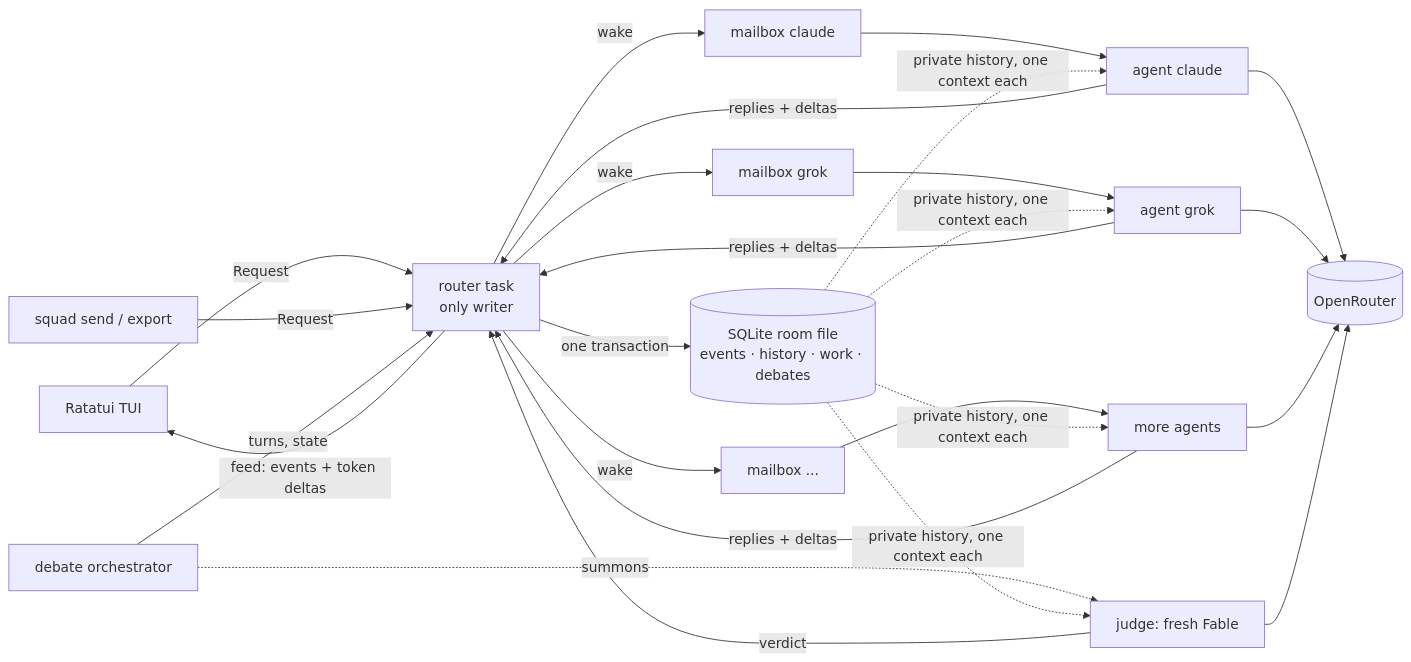
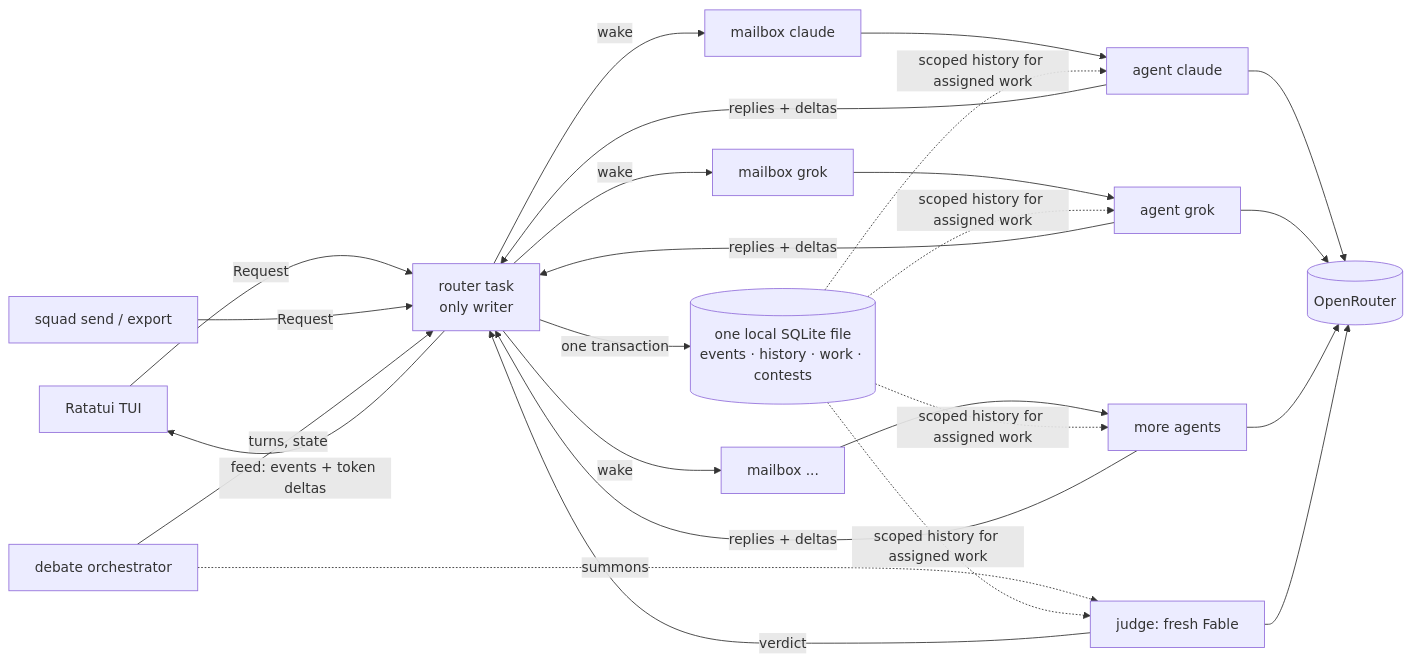
Before and after one commit to shoemoney/squad: the diagram in PRD.md, drawn with Mermaid. The commit also changed other lines of this file and 14 other files, not shown here.

````diff
--- a/PRD.md
+++ b/PRD.md
@@ -70,16 +70,16 @@
 ```mermaid
 flowchart LR
   TUI[Ratatui TUI] -- Request --> R[router task<br/>only writer]
   CLI[squad send / export] -- Request --> R
-  R -- one transaction --> DB[(SQLite room file<br/>events · history · work · debates)]
+  R -- one transaction --> DB[(one local SQLite file<br/>events · history · work · contests)]
   R -- feed: events + token deltas --> TUI
   R -- wake --> M1[mailbox claude] --> A1[agent claude]
   R -- wake --> M2[mailbox grok] --> A2[agent grok]
   R -- wake --> M3[mailbox ...] --> A3[more agents]
   A1 & A2 & A3 -- replies + deltas --> R
   O[debate orchestrator] -- turns, state --> R
   O -. summons .-> J[judge: fresh Fable]
   J -- verdict --> R
   A1 & A2 & A3 & J --> OR[(OpenRouter)]
-  DB -. private history, one context each .-> A1 & A2 & A3 & J
+  DB -. scoped history for assigned work .-> A1 & A2 & A3 & J
 ```
````
